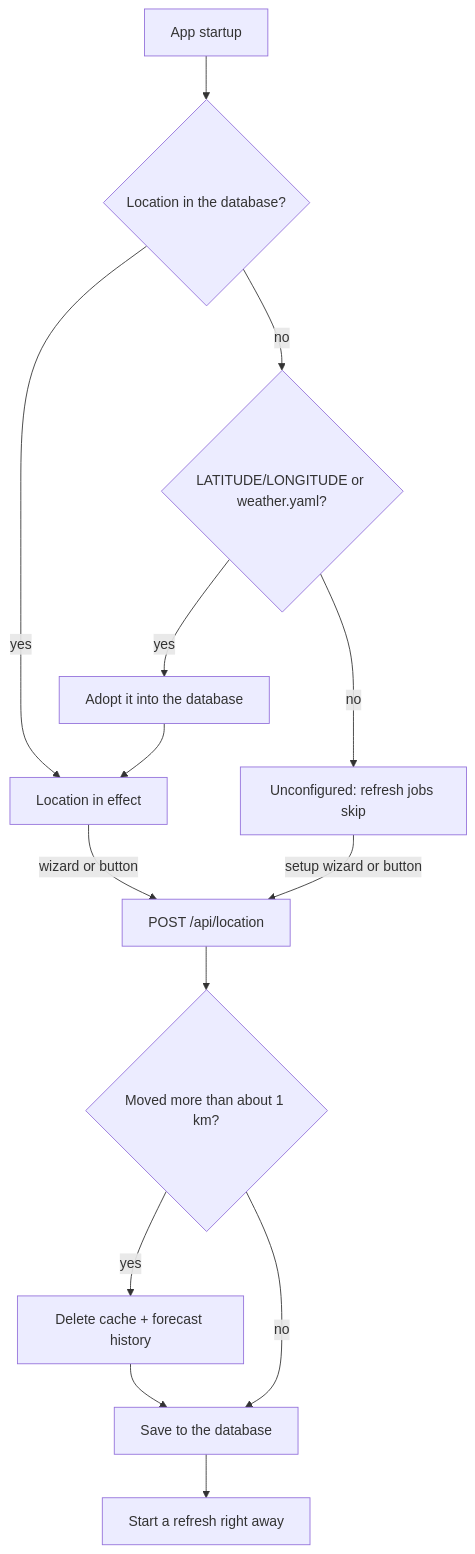
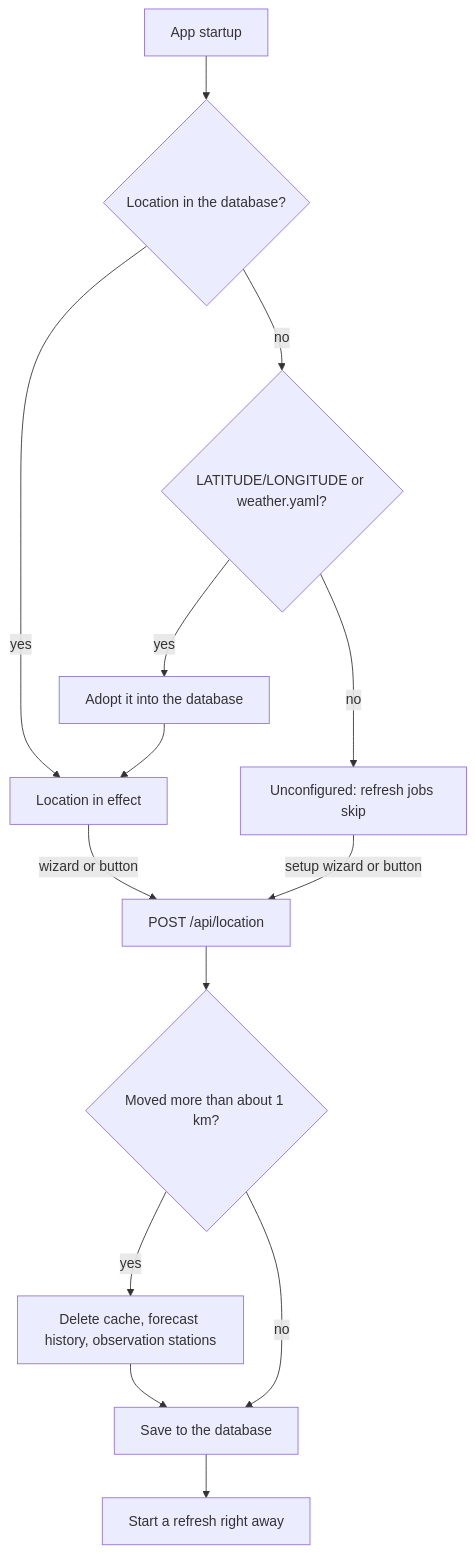
Before and after one commit to divemorb/weather-app: the third of 3 diagrams in docs/ARCHITECTURE.md, drawn with Mermaid. The commit also changed other lines of this file and 2 other files, not shown here.

````diff
--- a/docs/ARCHITECTURE.md
+++ b/docs/ARCHITECTURE.md
@@ -151,14 +147,14 @@
 ```mermaid
 flowchart TD
     boot["App startup"] --> stored{"Location in the database?"}
     stored -->|yes| ready["Location in effect"]
     stored -->|no| cfg{"LATITUDE/LONGITUDE or weather.yaml?"}
     cfg -->|yes| adopt["Adopt it into the database"] --> ready
     cfg -->|no| uncfg["Unconfigured: refresh jobs skip"]
     uncfg -->|setup wizard or button| post["POST /api/location"]
     ready -->|wizard or button| post
     post --> moved{"Moved more than about 1 km?"}
-    moved -->|yes| clear["Delete cache + forecast history"] --> save["Save to the database"]
+    moved -->|yes| clear["Delete cache, forecast history, observation stations"] --> save["Save to the database"]
     moved -->|no| save
     save --> refresh["Start a refresh right away"]
 ```
````
